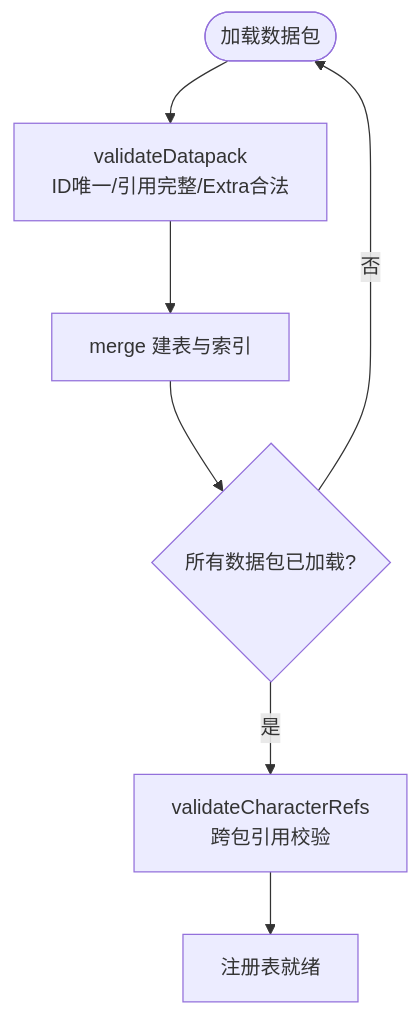
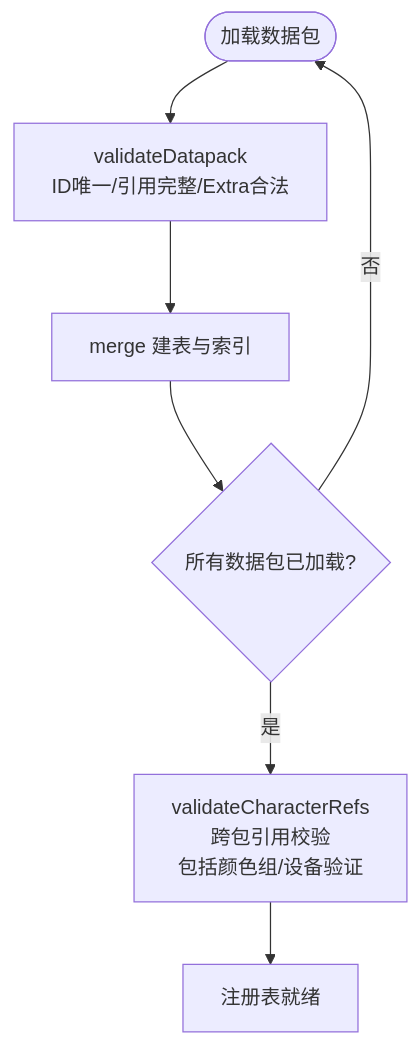
Before and after one commit to EsiLA9/Arona-Clicker: the fifth of 8 diagrams in .qoder/repowiki/zh/content/数据系统/注册表系统.md, drawn with Mermaid. The commit also changed other lines of this file and 76 other files, not shown here.

````diff
--- a/.qoder/repowiki/zh/content/数据系统/注册表系统.md
+++ b/.qoder/repowiki/zh/content/数据系统/注册表系统.md
@@ -184,9 +214,9 @@
 ```mermaid
 flowchart TD
 S(["加载数据包"]) --> V["validateDatapack<br/>ID唯一/引用完整/Extra合法"]
 V --> M["merge 建表与索引"]
 M --> AllLoaded{"所有数据包已加载?"}
 AllLoaded -- 否 --> S
-AllLoaded -- 是 --> CR["validateCharacterRefs<br/>跨包引用校验"]
+AllLoaded -- 是 --> CR["validateCharacterRefs<br/>跨包引用校验<br/>包括颜色组/设备验证"]
 CR --> OK["注册表就绪"]
 ```
````
